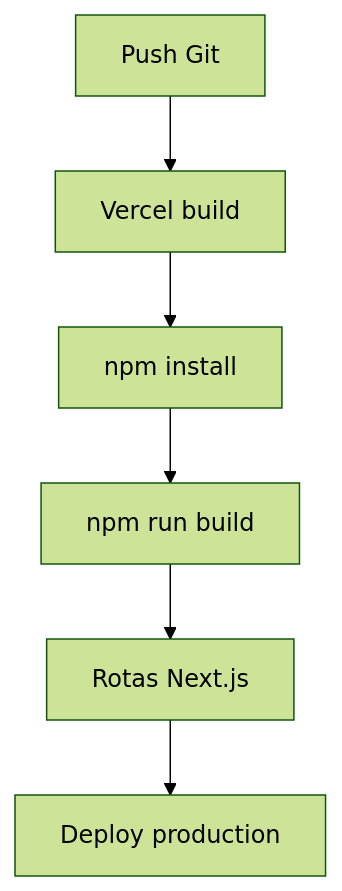
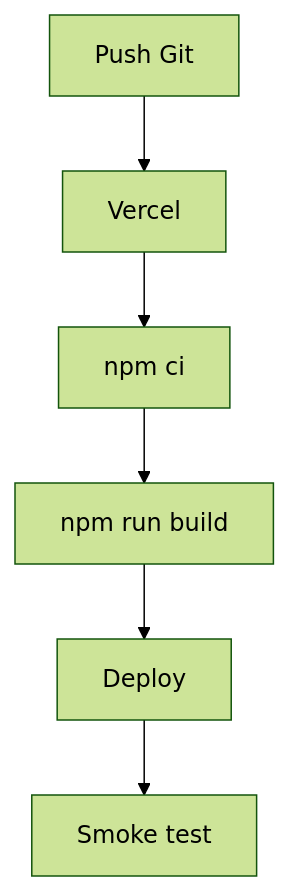
One commit to victorpessoa-dev/pascom-stream-view changed the diagram in docs/deploy.md. Above: the diagram before and after it, drawn with Mermaid (forest theme). The commit also changed other lines of this file and 22 other files, not shown here.

````diff
--- a/docs/deploy.md
+++ b/docs/deploy.md
@@ -25,8 +14,8 @@
 ```mermaid
 flowchart TD
-  A[Push Git] --> B[Vercel build]
-  B --> C[npm install]
+  A[Push Git] --> B[Vercel]
+  B --> C[npm ci]
   C --> D[npm run build]
-  D --> E[Rotas Next.js]
-  E --> F[Deploy production]
+  D --> E[Deploy]
+  E --> F[Smoke test]
 ```
````
